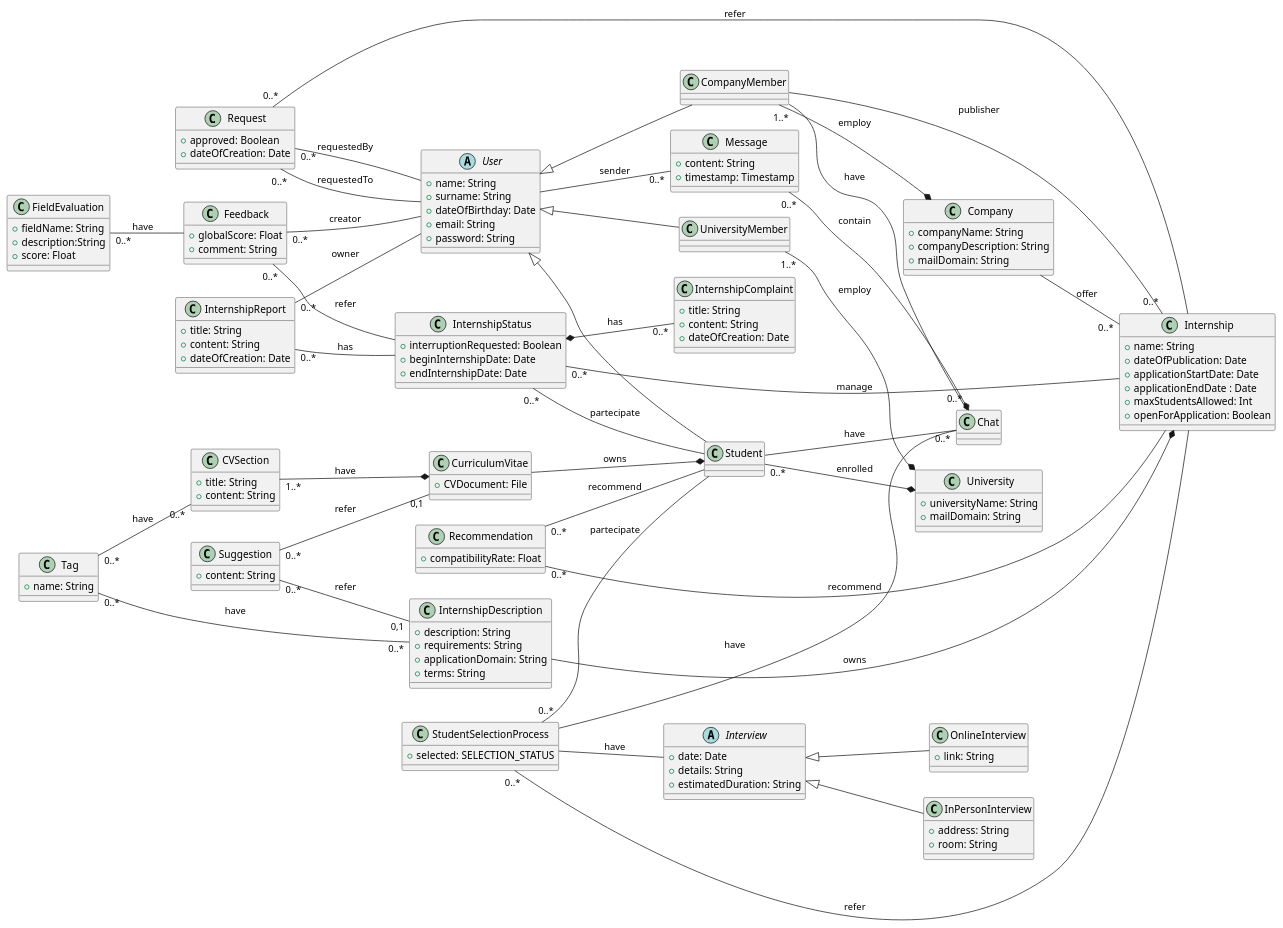
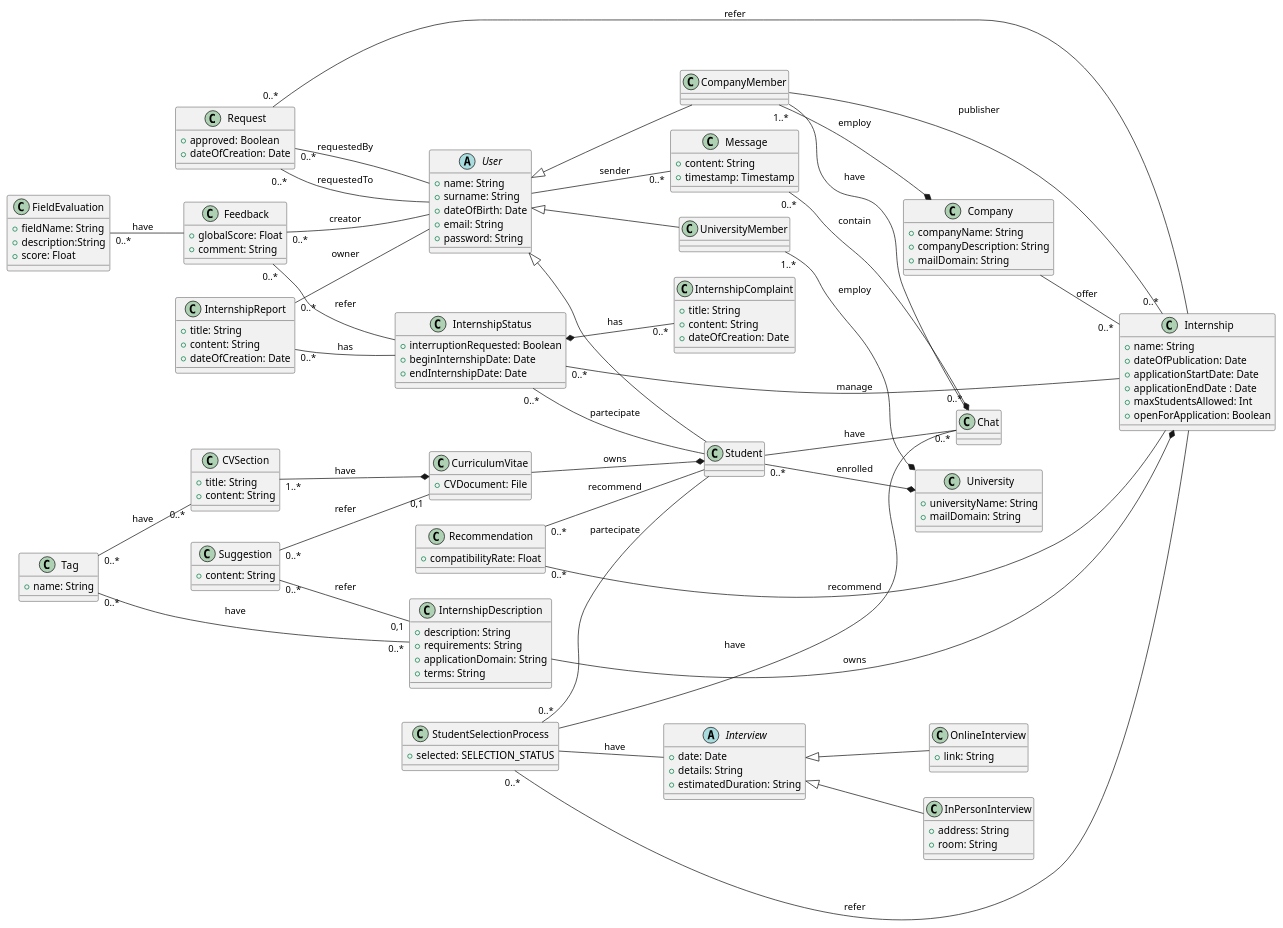
The diagram in RASD/Overall_description/uml_diagrams/class_diagram.puml (matti8702/R_and_DD_project_SE2), drawn with PlantUML before and after one commit.

Commit message:
fix(class-diagram): minor fix to a User field

```diff
--- a/RASD/Overall_description/uml_diagrams/class_diagram.puml
+++ b/RASD/Overall_description/uml_diagrams/class_diagram.puml
@@ -1,169 +1,169 @@
 @startuml class_diagram
 left to right direction
 
 abstract class User{
     + name: String
     + surname: String
-    + dateOfBirthday: Date
+    + dateOfBirth: Date
     + email: String
     + password: String
 }
 
 class Student extends User{
 }
 Student "0..*" --* University : enrolled
 
 class CompanyMember extends User{
 
 }
 CompanyMember "1..*" --* Company : employ
 
 class UniversityMember extends User{
 
 }
 UniversityMember "1..*" --* University : employ
 
 class University{
     + universityName: String 
     + mailDomain: String
 }
 
 class Company{
     + companyName: String
     + companyDescription: String
     + mailDomain: String
 }
 
 class Internship{
     + name: String
     + dateOfPublication: Date
     + applicationStartDate: Date
     + applicationEndDate : Date
     + maxStudentsAllowed: Int
     + openForApplication: Boolean
 }
 Company -- "0..*" Internship : offer
 Internship "0..*" -- CompanyMember : publisher
 
 class InternshipDescription{
     + description: String
     + requirements: String
     + applicationDomain: String
     + terms: String
 }
 InternshipDescription --* Internship : owns
 
 class InternshipStatus{
     + interruptionRequested: Boolean
     + beginInternshipDate: Date
     + endInternshipDate: Date
 }
 InternshipStatus "0..*" -- Student : partecipate
 InternshipStatus "0..*" -- Internship : manage
 InternshipStatus *-- "0..*" InternshipComplaint : has
 
 class InternshipComplaint{
     + title: String
     + content: String
     + dateOfCreation: Date
 }
 
 class InternshipReport{
     + title: String
     + content: String
     + dateOfCreation: Date
 }
 InternshipReport "0..*" -- InternshipStatus : has
 InternshipReport "0..*" -- User : owner
 
 class Request{
     + approved: Boolean 
     + dateOfCreation: Date
 }
 Request "0..*" -- Internship : refer
 Request "0..*" -- User : requestedBy
 Request "0..*" -- User : requestedTo
 
 class StudentSelectionProcess{
     + selected: SELECTION_STATUS
 }
 
 StudentSelectionProcess "0..*" -- Student : partecipate
 StudentSelectionProcess "0..*" -- Internship : refer
 StudentSelectionProcess -- Chat : have
 StudentSelectionProcess -- Interview : have
 
 abstract class Interview{
     + date: Date
     + details: String
     + estimatedDuration: String
 }
 
 class OnlineInterview extends Interview{
     + link: String
 }
 
 class InPersonInterview extends Interview{
     + address: String
     + room: String
 }
 
 class Feedback {
     + globalScore: Float
     + comment: String
 }
 
 Feedback "0..*" -- InternshipStatus : refer
 Feedback "0..*" -- User : creator
 
 class FieldEvaluation{
     + fieldName: String
     + description:String
     + score: Float
 }
 FieldEvaluation "0..*" -- Feedback : have
 
 class Suggestion{
     + content: String
 }
 Suggestion "0..*" -- "0,1" CurriculumVitae : refer
 Suggestion "0..*" -- "0,1" InternshipDescription : refer
 
 class Recommendation{
     + compatibilityRate: Float
 }
 Recommendation "0..*" -- Internship : recommend
 Recommendation "0..*" -- Student : recommend
 
 class Chat{
 }
 
 class Message{
     + content: String
     + timestamp: Timestamp
 }
 
 User -- "0..*"  Message : sender
 
 Message "0..*" --* Chat : contain
 Student -- "0..*"  Chat : have
 CompanyMember -- "0..*"  Chat : have
 
 class CurriculumVitae{
     + CVDocument: File
 }
 CurriculumVitae --* Student : owns
 
 class CVSection{
     + title: String
     + content: String
 }
 CVSection "1..*" --* CurriculumVitae : have
 
 class Tag{
     + name: String
 }
 Tag "0..*" -- "0..*" CVSection : have
 Tag "0..*" -- "0..*" InternshipDescription : have
 
 @enduml
```
